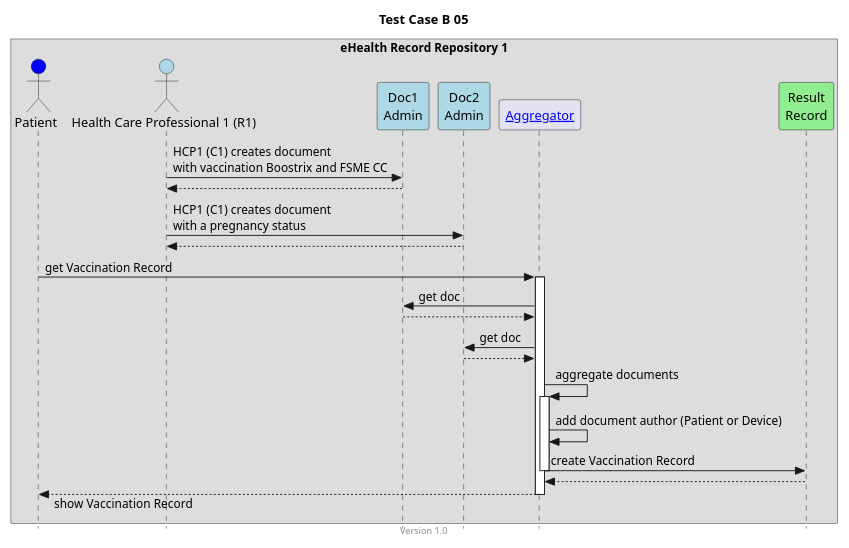
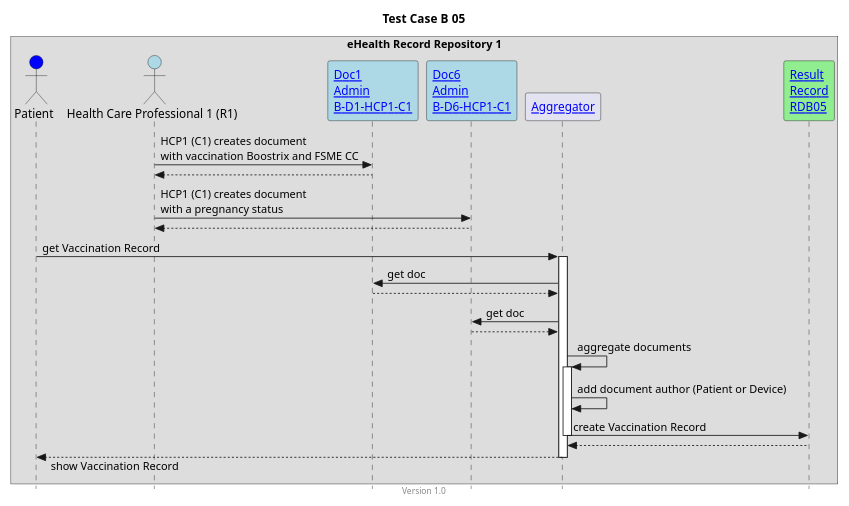
Before and after one commit to hl7ch/ch-vacd: the diagram in input/images-source/TCB05.plantuml, drawn with PlantUML. The commit also changed 27 other files, not shown here.

Commit message:
add links to TC diagrams and links on different places to serve better informations to users #354

```diff
--- a/input/images-source/TCB05.plantuml
+++ b/input/images-source/TCB05.plantuml
@@ -1,44 +1,43 @@
 @startuml
 title Test Case B 05
 footer Version 1.0
 skinparam responseMessageBelowArrow true
 skinparam style strictuml
 scale max 800 width
 
-
 box "eHealth Record Repository 1"
 actor "Patient" as PAT #blue
 actor "Health Care Professional 1 (R1)" as HCP1_C1 #lightblue
-participant "Doc1\nAdmin" as Doc1 #lightblue
-participant "Doc2\nAdmin" as Doc2 #lightblue
+participant "[[Bundle-B-D1-HCP1-C1.html Doc1\nAdmin\nB-D1-HCP1-C1]]" as Doc1 #lightblue
+participant "[[Bundle-B-D6-HCP1-C1.html Doc6\nAdmin\nB-D6-HCP1-C1]]" as Doc6 #lightblue
 participant "[[aggregator.html Aggregator]]" as AGG
-participant "Result\nRecord" as RES #lightgreen
+participant "[[Bundle-RDB05.html Result\nRecord\nRDB05]]" as RES #lightgreen
 end box
 
 HCP1_C1 -> Doc1: HCP1 (C1) creates document\nwith vaccination Boostrix and FSME CC
 HCP1_C1 <-- Doc1
 
-HCP1_C1 -> Doc2: HCP1 (C1) creates document\nwith a pregnancy status
-HCP1_C1 <-- Doc2
+HCP1_C1 -> Doc6: HCP1 (C1) creates document\nwith a pregnancy status
+HCP1_C1 <-- Doc6
 
 PAT -> AGG: get Vaccination Record
 activate AGG
 
 AGG -> Doc1: get doc
 AGG <-- Doc1
 
-AGG -> Doc2: get doc
-AGG <-- Doc2
+AGG -> Doc6: get doc
+AGG <-- Doc6
  
 AGG -> AGG: aggregate documents 
 activate AGG
 AGG -> AGG: add document author (Patient or Device)
 AGG -> RES: create Vaccination Record
 deactivate AGG
 AGG <-- RES
 
 PAT <-- AGG: show Vaccination Record
 deactivate AGG
 
 
 @enduml
```
